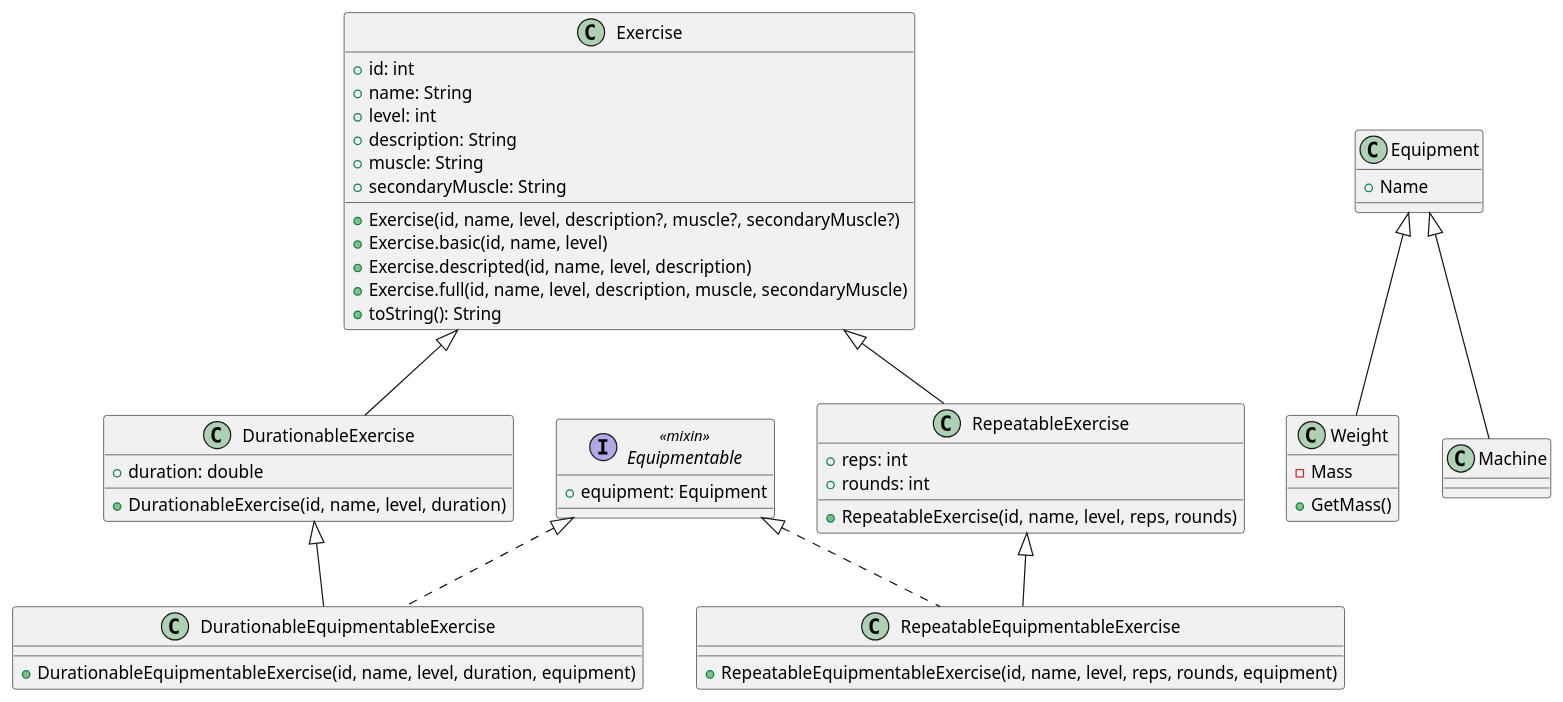
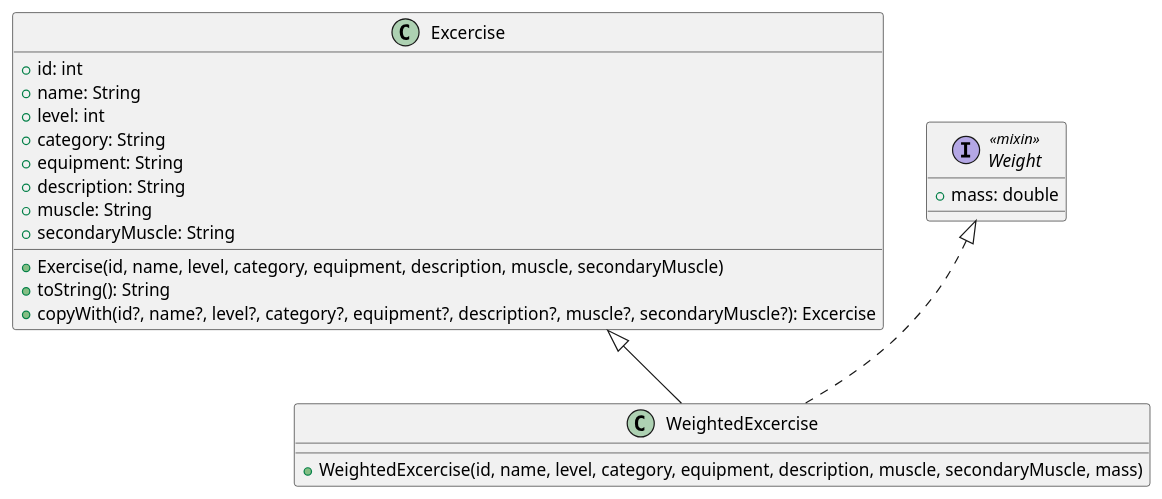
The diagram in entities_diagram.puml (KATTSS/Workout_planner), drawn with PlantUML before and after one commit. The commit also changed 7 other files, not shown here.

```diff
--- a/entities_diagram.puml
+++ b/entities_diagram.puml
@@ -1,61 +1,68 @@
 @startuml BaseEntities
 
-class Exercise {
+class Excercise {
     + id: int
     + name: String 
     + level: int 
+    + category: String
+    + equipment: String
     + description: String  
     + muscle: String 
     + secondaryMuscle: String 
     __
-    + Exercise(id, name, level, description?, muscle?, secondaryMuscle?)
-    + Exercise.basic(id, name, level) 
-    + Exercise.descripted(id, name, level, description) 
-    + Exercise.full(id, name, level, description, muscle, secondaryMuscle) 
+    + Exercise(id, name, level, category, equipment, description, muscle, secondaryMuscle) 
     + toString(): String 
+    + copyWith(id?, name?, level?, category?, equipment?, description?, muscle?, secondaryMuscle?): Excercise
 }
 
-class DurationableExercise extends Exercise {
-    + duration: double 
-    __
-    + DurationableExercise(id, name, level, duration)
+interface Weight <<mixin>> {
+    + mass: double
 }
 
-class RepeatableExercise extends Exercise {
-    + reps: int 
-    + rounds: int 
-    __
-    + RepeatableExercise(id, name, level, reps, rounds) 
+class WeightedExcercise extends Excercise implements Weight {
+    + WeightedExcercise(id, name, level, category, equipment, description, muscle, secondaryMuscle, mass)
 }
+' class DurationableExercise extends Exercise {
+'     + duration: double 
+'     __
+'     + DurationableExercise(id, name, level, duration)
+' }
 
-interface Equipmentable <<mixin>> {
-    + equipment: Equipment 
-}
+' class RepeatableExercise extends Exercise {
+'     + reps: int 
+'     + rounds: int 
+'     __
+'     + RepeatableExercise(id, name, level, reps, rounds) 
+' }
 
-class RepeatableEquipmentableExercise extends RepeatableExercise implements Equipmentable {
-    __
-    + RepeatableEquipmentableExercise(id, name, level, reps, rounds, equipment)
-}
+' interface Equipmentable <<mixin>> {
+'     + equipment: Equipment 
+' }
 
-class DurationableEquipmentableExercise extends DurationableExercise implements Equipmentable {
-    __
-    + DurationableEquipmentableExercise(id, name, level, duration, equipment)
-}
+' class RepeatableEquipmentableExercise extends RepeatableExercise implements Equipmentable {
+'     __
+'     + RepeatableEquipmentableExercise(id, name, level, reps, rounds, equipment)
+' }
 
-class Weight {
-    - Mass 
-    __
-    + GetMass()
-}
+' class DurationableEquipmentableExercise extends DurationableExercise implements Equipmentable {
+'     __
+'     + DurationableEquipmentableExercise(id, name, level, duration, equipment)
+' }
 
-class Machine {
-}
+' class Weight {
+'     - Mass 
+'     __
+'     + GetMass()
+' }
 
-class Equipment {
-    + Name
-}
+' class Machine {
+' }
 
-Equipment <|-- Machine
-Equipment <|-- Weight
+' class Equipment {
+'     + Name
+' }
+
+' Equipment <|-- Machine
+' Equipment <|-- Weight
 
 @enduml
```
